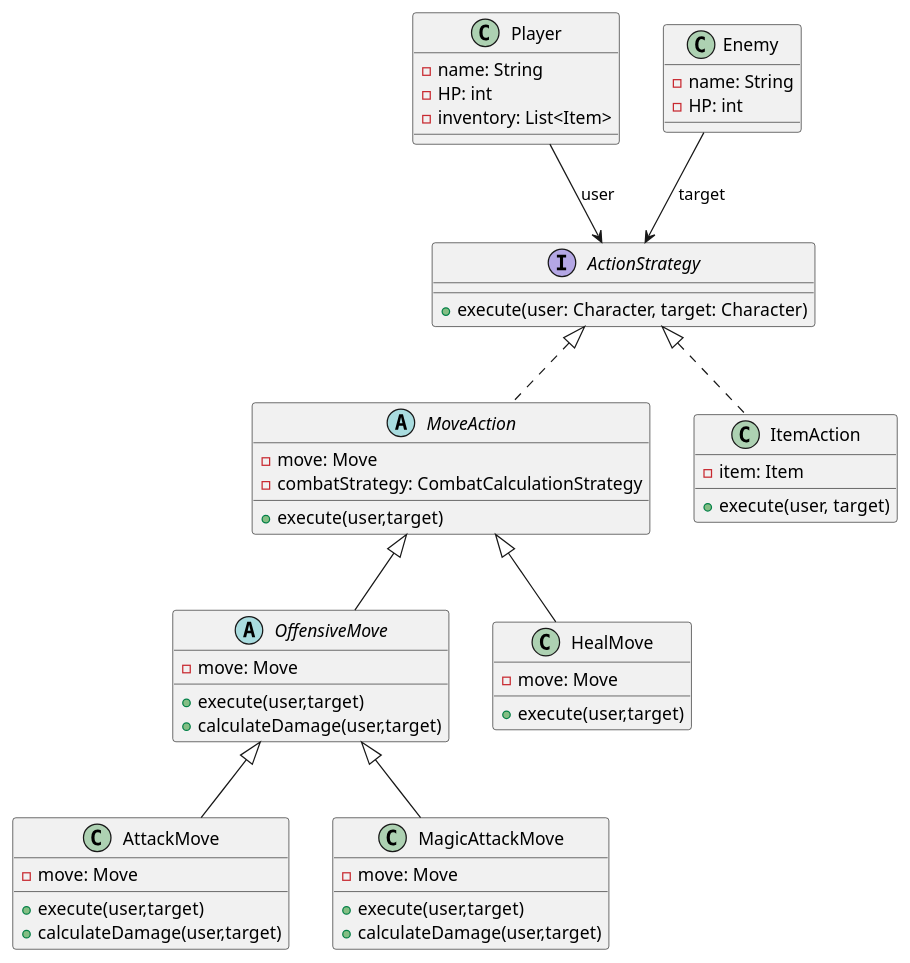
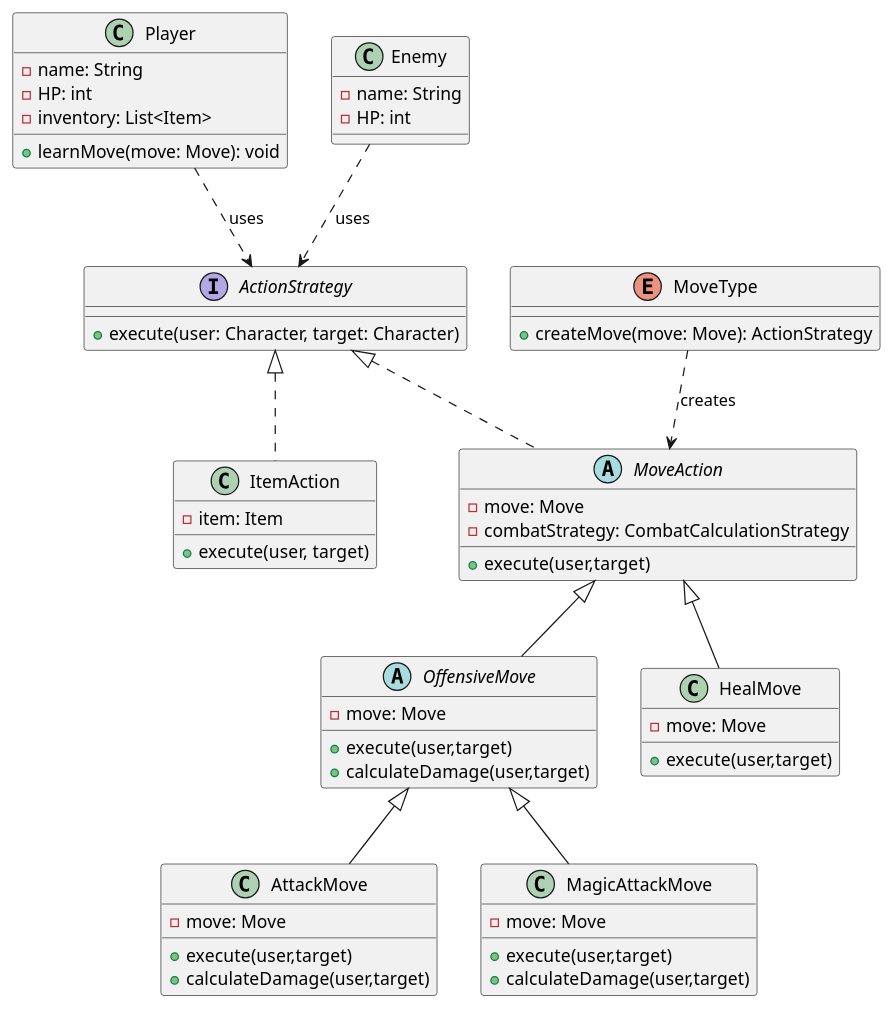
One commit to samMM-cs/iss-team2 changed the diagram in user_stories_pml/Combat_System.puml. Above: the diagram before and after it, drawn with PlantUML. The commit also changed 21 other files, not shown here.

```diff
--- a/user_stories_pml/Combat_System.puml
+++ b/user_stories_pml/Combat_System.puml
@@ -1,54 +1,61 @@
-@startuml Combat_System Strategy + Observer
+@startuml Combat_System e Character_Evolution Strategy + Observer
 
+'Il Pattern Strategy è utilizzato per modellare le mosse come comportamenti intercambiabili, permettendo al Player di variare dinamicamente il proprio comportamento senza modificare la sua struttura.'
 class Player{
     - name: String
     - HP: int
     - inventory: List<Item>
+    +learnMove(move: Move): void
 }
 
 class Enemy{
     - name: String
     - HP: int
 }
 
 interface ActionStrategy{
     + execute(user: Character, target: Character)
+}
+
+enum MoveType{
+    +createMove(move: Move): ActionStrategy
 }
 
 abstract class MoveAction implements ActionStrategy{
     - move: Move
     - combatStrategy: CombatCalculationStrategy
     + execute(user,target)
 }
 
 abstract class OffensiveMove extends MoveAction {
     - move: Move
     + execute(user,target)
     + calculateDamage(user,target)
 }
 
 class AttackMove extends OffensiveMove {
     - move: Move
     + execute(user,target)
     + calculateDamage(user,target)
 }
 
 class HealMove extends MoveAction {
     - move: Move
     + execute(user,target)
 }
 
 class MagicAttackMove extends OffensiveMove {
     - move: Move
     + execute(user,target)
     + calculateDamage(user,target)
 }
 
 class ItemAction implements ActionStrategy{
     - item: Item
     + execute(user, target)
 }
 
-Player --> ActionStrategy : user
-Enemy-->ActionStrategy : target
+Player ..> ActionStrategy : uses
+Enemy..>ActionStrategy : uses
+MoveType..>MoveAction: creates
 @enduml
```
